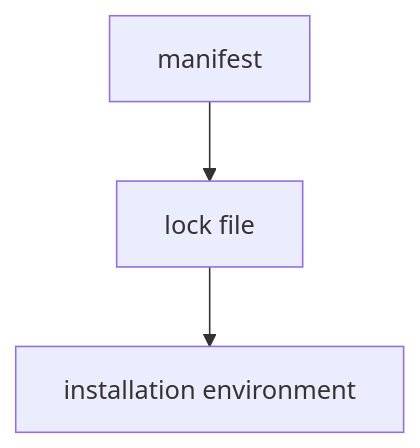
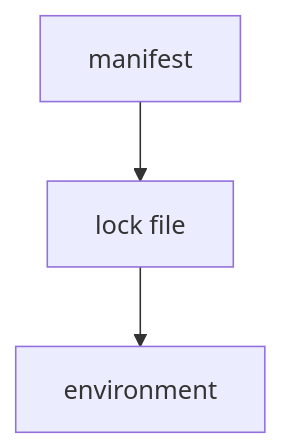
The second of 2 diagrams in docs/workspace/lockfile.md (prefix-dev/pixi), drawn with Mermaid before and after one commit. The commit also changed other lines of this file and 34 other files, not shown here.

First line of the commit message:
docs: Go back to `environment` instead of `installation environment`

````diff
--- a/docs/workspace/lockfile.md
+++ b/docs/workspace/lockfile.md
@@ -111,4 +111,4 @@
     ```mermaid
     flowchart TD
-        C[manifest] --> A[lock file] --> B[installation environment]
+        C[manifest] --> A[lock file] --> B[environment]
     ```
````
